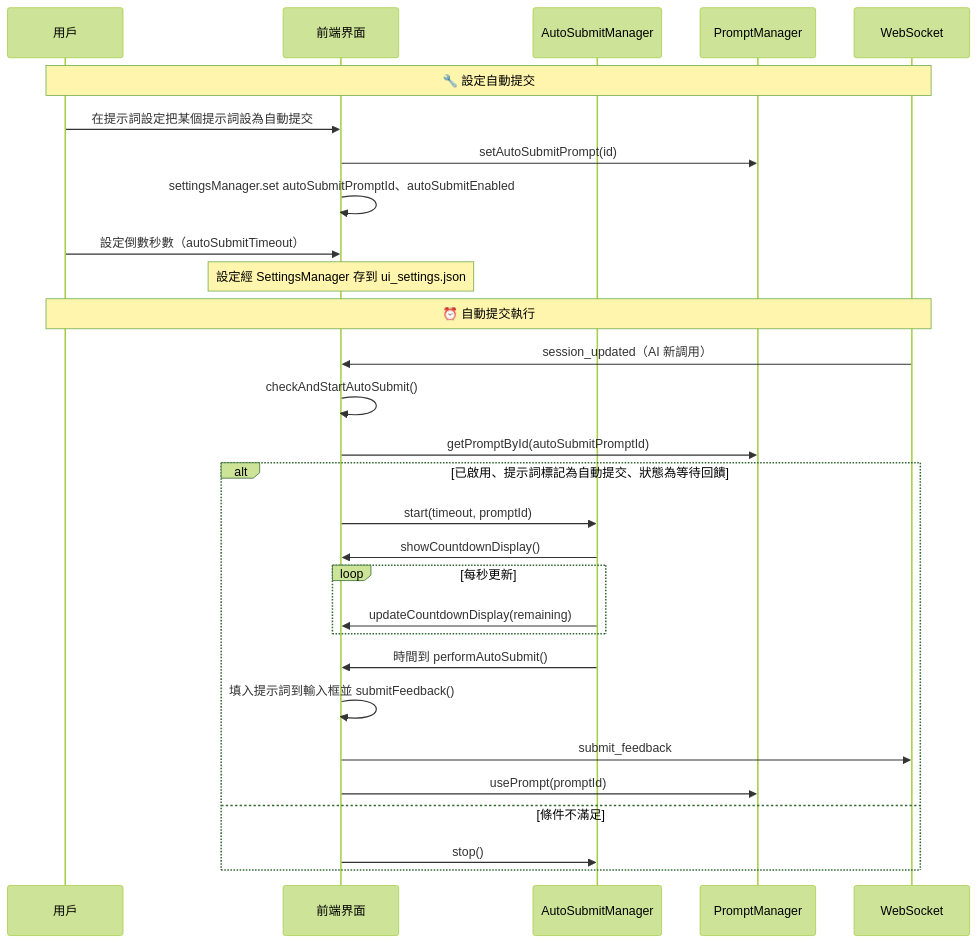
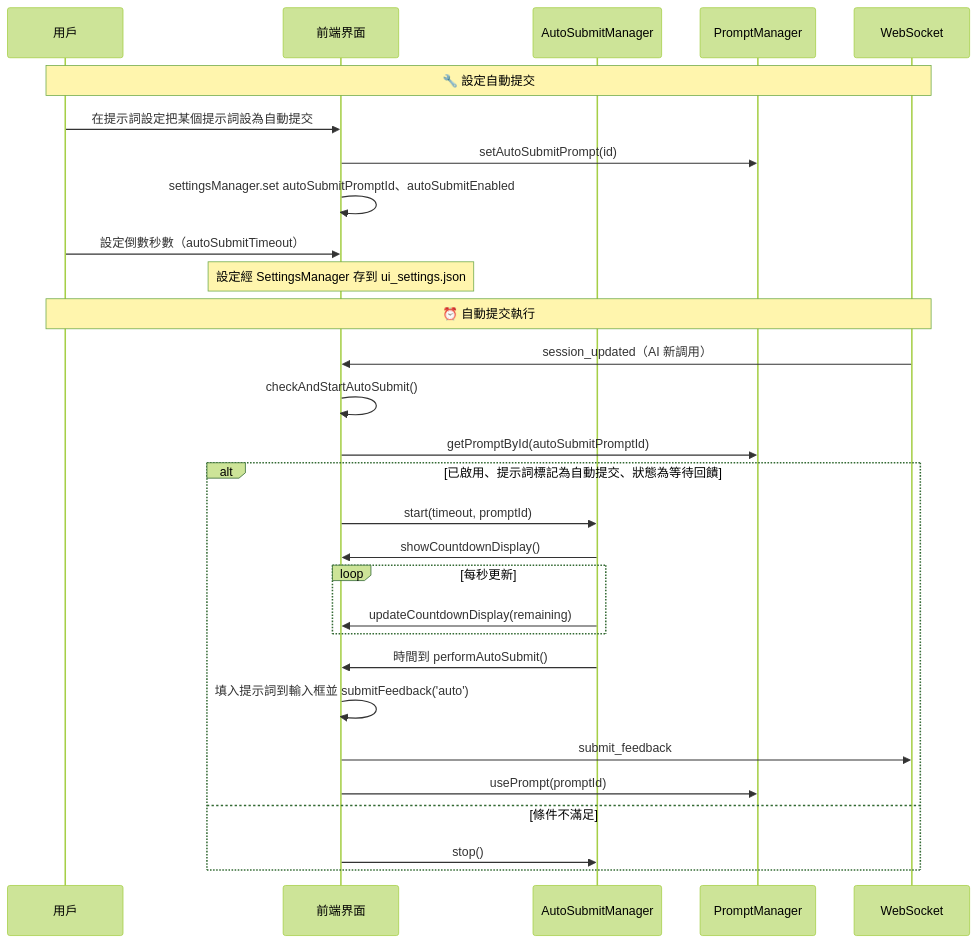
One commit to CloudEngineHub/mcp-feedback-enhanced changed the sixth of 12 diagrams in docs/architecture/interaction-flows.md. Above: the diagram before and after it, drawn with Mermaid (forest theme). The commit also changed other lines of this file and 2 other files, not shown here.

````diff
--- a/docs/architecture/interaction-flows.md
+++ b/docs/architecture/interaction-flows.md
@@ -293,33 +293,33 @@
 ```mermaid
 sequenceDiagram
     participant User as 用戶
     participant UI as 前端界面
     participant ASM as AutoSubmitManager
     participant PM as PromptManager
     participant WS as WebSocket
 
     Note over User,WS: 🔧 設定自動提交
     User->>UI: 在提示詞設定把某個提示詞設為自動提交
     UI->>PM: setAutoSubmitPrompt(id)
     UI->>UI: settingsManager.set autoSubmitPromptId、autoSubmitEnabled
     User->>UI: 設定倒數秒數（autoSubmitTimeout）
     Note over UI: 設定經 SettingsManager 存到 ui_settings.json
 
     Note over User,WS: ⏰ 自動提交執行
     WS->>UI: session_updated（AI 新調用）
     UI->>UI: checkAndStartAutoSubmit()
     UI->>PM: getPromptById(autoSubmitPromptId)
     alt 已啟用、提示詞標記為自動提交、狀態為等待回饋
         UI->>ASM: start(timeout, promptId)
         ASM->>UI: showCountdownDisplay()
         loop 每秒更新
             ASM->>UI: updateCountdownDisplay(remaining)
         end
         ASM->>UI: 時間到 performAutoSubmit()
-        UI->>UI: 填入提示詞到輸入框並 submitFeedback()
+        UI->>UI: 填入提示詞到輸入框並 submitFeedback('auto')
         UI->>WS: submit_feedback
         UI->>PM: usePrompt(promptId)
     else 條件不滿足
         UI->>ASM: stop()
     end
 ```
````
